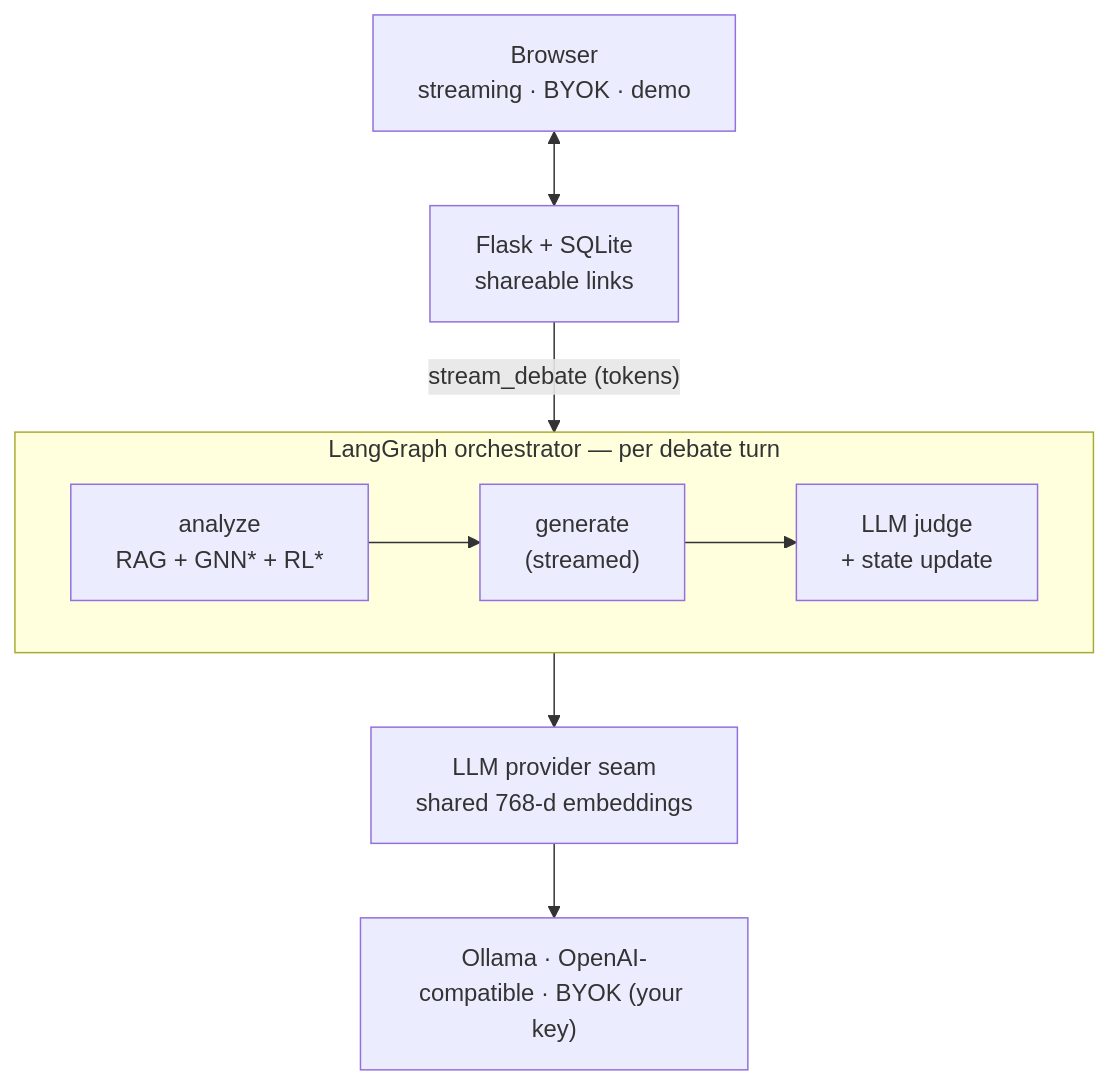
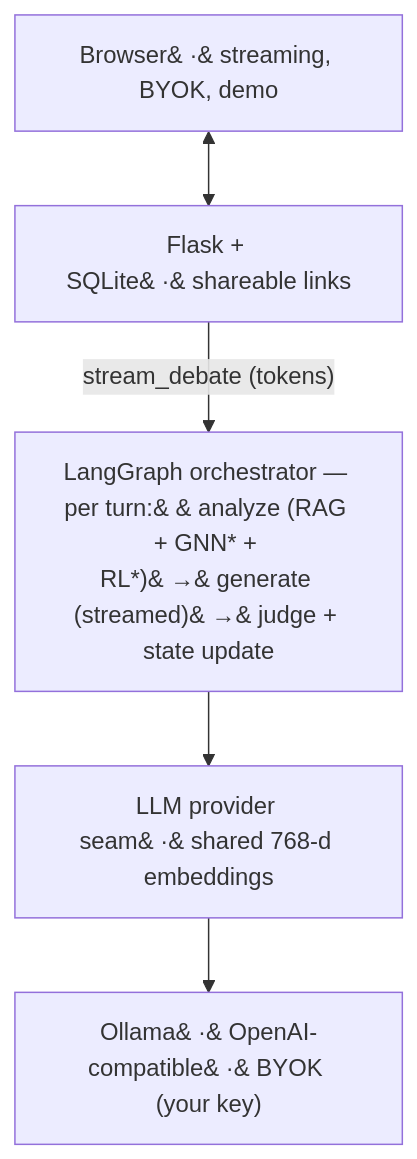
One commit to AluminumShark/Social-Debate-AI changed the diagram in README.md. Above: the diagram before and after it, drawn with Mermaid.

Commit message:
docs: fix README diagram (subgraph title was clipped)
Replace the orchestrator subgraph with a single node label so the per-turn cycle text is not obscured by the inner nodes.

````diff
--- a/README.md
+++ b/README.md
@@ -57,13 +57,7 @@
 ```mermaid
 flowchart TB
-    U["Browser<br/>streaming · BYOK · demo"] <--> F["Flask + SQLite<br/>shareable links"]
-    F -->|"stream_debate (tokens)"| O
-
-    subgraph O["LangGraph orchestrator — per debate turn"]
-        direction LR
-        AN["analyze<br/>RAG + GNN* + RL*"] --> GEN["generate<br/>(streamed)"] --> JU["LLM judge<br/>+ state update"]
-    end
-
-    O --> S["LLM provider seam<br/>shared 768-d embeddings"]
-    S --> B["Ollama · OpenAI-compatible · BYOK (your key)"]
+    U["Browser&#160;·&#160;streaming, BYOK, demo"] <--> F["Flask + SQLite&#160;·&#160;shareable links"]
+    F -->|"stream_debate (tokens)"| O["LangGraph orchestrator — per turn:&#160;&#160;analyze (RAG + GNN* + RL*)&#160;→&#160;generate (streamed)&#160;→&#160;judge + state update"]
+    O --> S["LLM provider seam&#160;·&#160;shared 768-d embeddings"]
+    S --> B["Ollama&#160;·&#160;OpenAI-compatible&#160;·&#160;BYOK (your key)"]
 ```
````
